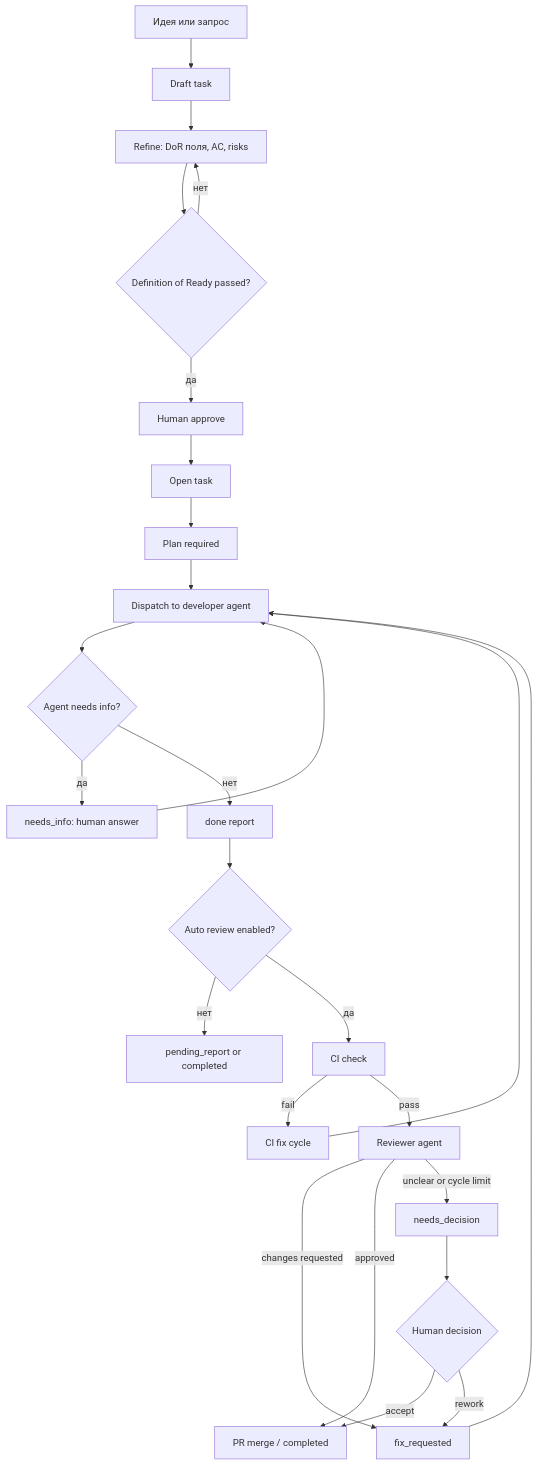
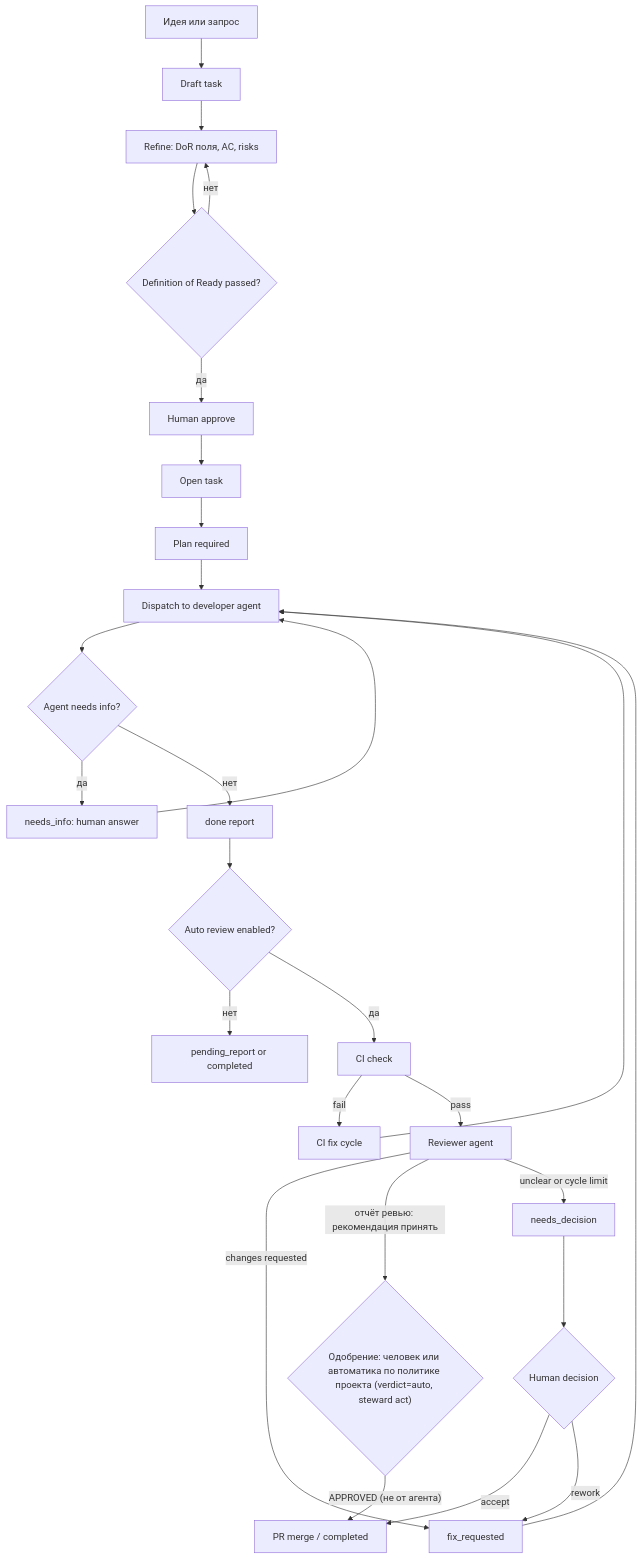
The diagram in docs/software-development-workflow.md (agentdrover/haiplane), drawn with Mermaid before and after one commit. The commit also changed other lines of this file and 23 other files, not shown here.

````diff
--- a/docs/software-development-workflow.md
+++ b/docs/software-development-workflow.md
@@ -67,28 +67,29 @@
 ```mermaid
 flowchart TD
     A["Идея или запрос"] --> B["Draft task"]
     B --> C["Refine: DoR поля, AC, risks"]
     C --> D{"Definition of Ready passed?"}
     D -- "нет" --> C
     D -- "да" --> E["Human approve"]
     E --> F["Open task"]
     F --> G["Plan required"]
     G --> H["Dispatch to developer agent"]
     H --> I{"Agent needs info?"}
     I -- "да" --> J["needs_info: human answer"]
     J --> H
     I -- "нет" --> K["done report"]
     K --> L{"Auto review enabled?"}
     L -- "нет" --> M["pending_report or completed"]
     L -- "да" --> N["CI check"]
     N -- "fail" --> O["CI fix cycle"]
     O --> H
     N -- "pass" --> P["Reviewer agent"]
     P -- "changes requested" --> Q["fix_requested"]
     Q --> H
-    P -- "approved" --> R["PR merge / completed"]
+    P -- "отчёт ревью: рекомендация принять" --> P2{"Одобрение: человек или автоматика по политике проекта (verdict=auto, steward act)"}
+    P2 -- "APPROVED (не от агента)" --> R["PR merge / completed"]
     P -- "unclear or cycle limit" --> S["needs_decision"]
     S --> T{"Human decision"}
     T -- "accept" --> R
     T -- "rework" --> Q
 ```
````
